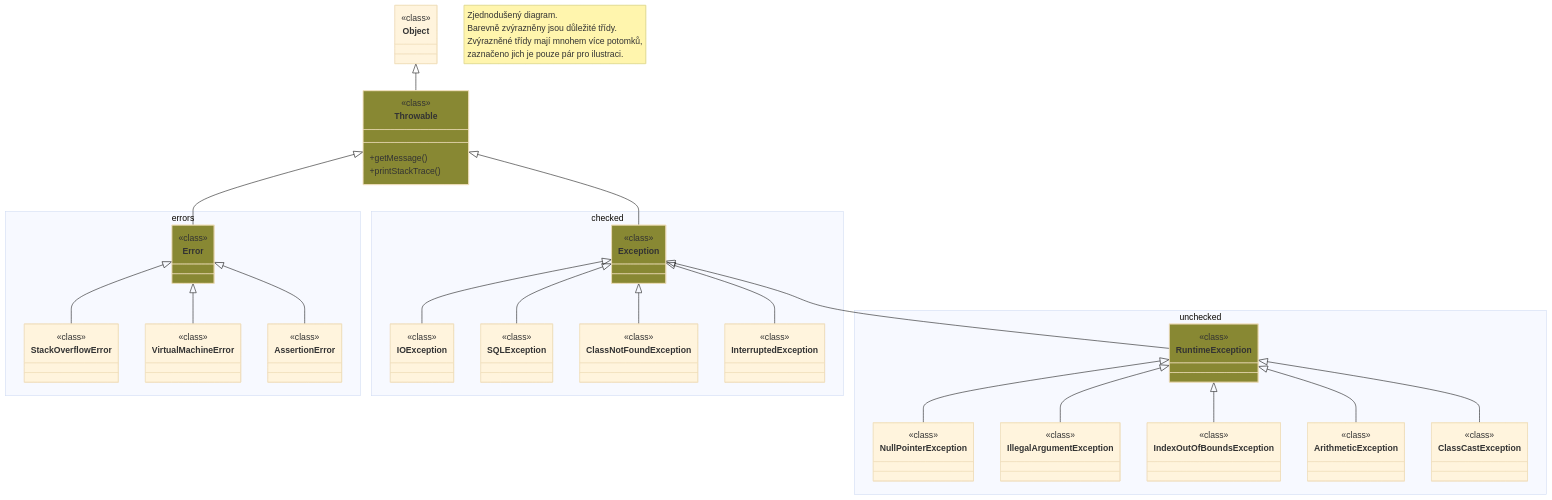
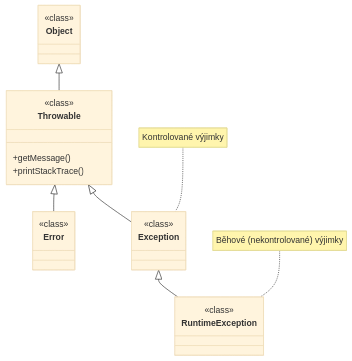
Before and after one commit to Engin1980/7opr2-gitbook: the third of 5 diagrams in todo-vyjimky.md, drawn with Mermaid (base theme). The commit also changed other lines of this file, not shown here.

Commit message:
GITBOOK-74: No subject

````diff
--- a/todo-vyjimky.md
+++ b/todo-vyjimky.md
@@ -82,110 +82,33 @@
 ```mermaid
 classDiagram
-
+direction TB
     class Object {
         <<class>>
     }
 
-    class Throwable:::imp {
+    class Throwable {
         <<class>>
-        +getMessage()
-        +printStackTrace()
+	    +getMessage()
+	    +printStackTrace()
     }
 
-    namespace errors {
-        class Error:::imp {
-            <<class>>
-        }
-
-        class StackOverflowError {
-            <<class>>
-        }
-
-        class VirtualMachineError {
-            <<class>>
-        }
-
-        class AssertionError {
-            <<class>>
-        }
+    class Error {
+        <<class>>
     }
 
-    namespace checked{
-      class Exception:::imp {
+    class Exception {
         <<class>>
-      }
-
-      class IOException {
-        <<class>>
-        }
-
-        class SQLException {
-            <<class>>
-        }
-
-            class ClassNotFoundException{
-            <<class>>
-        }
-    class InterruptedException{
-            <<class>>
-        }
     }
 
-    %% RuntimeException hierarchy
-    namespace unchecked {
-        class RuntimeException:::imp {
-                <<class>>
-            }
-
-        class NullPointerException {
-            <<class>>
-        }
-
-        class IllegalArgumentException {
-            <<class>>
-        }
-
-        class IndexOutOfBoundsException {
-            <<class>>
-        }
-
-        class ArithmeticException {
-            <<class>>
-        }
-
-        class ClassCastException {
-            <<class>>
-        }
+    class RuntimeException {
+        <<class>>
     }
 
-note "Zjednodušený diagram. 
-Barevně zvýrazněny jsou důležité třídy.
-Zvýrazněné třídy mají mnohem více potomků,
-zaznačeno jich je pouze pár pro ilustraci."
+	note for Exception "Kontrolované výjimky"
+	note for RuntimeException "Běhové (nekontrolované) výjimky"
 
-    %% Relationships
     Object <|-- Throwable
     Throwable <|-- Error
     Throwable <|-- Exception
-
-    Error <|-- VirtualMachineError
-    Error <|-- StackOverflowError
-    Error <|-- AssertionError
-
-    Exception <|-- IOException
-    Exception <|-- SQLException
-    Exception <|-- ClassNotFoundException
-    Exception <|-- InterruptedException    
-
     Exception <|-- RuntimeException
-
-    RuntimeException <|-- NullPointerException
-    RuntimeException <|-- IllegalArgumentException
-    RuntimeException <|-- IndexOutOfBoundsException
-    RuntimeException <|-- ArithmeticException
-    RuntimeException <|-- ClassCastException
-
-
-    %% Styles
-    classDef imp fill:#883
 ```
````
